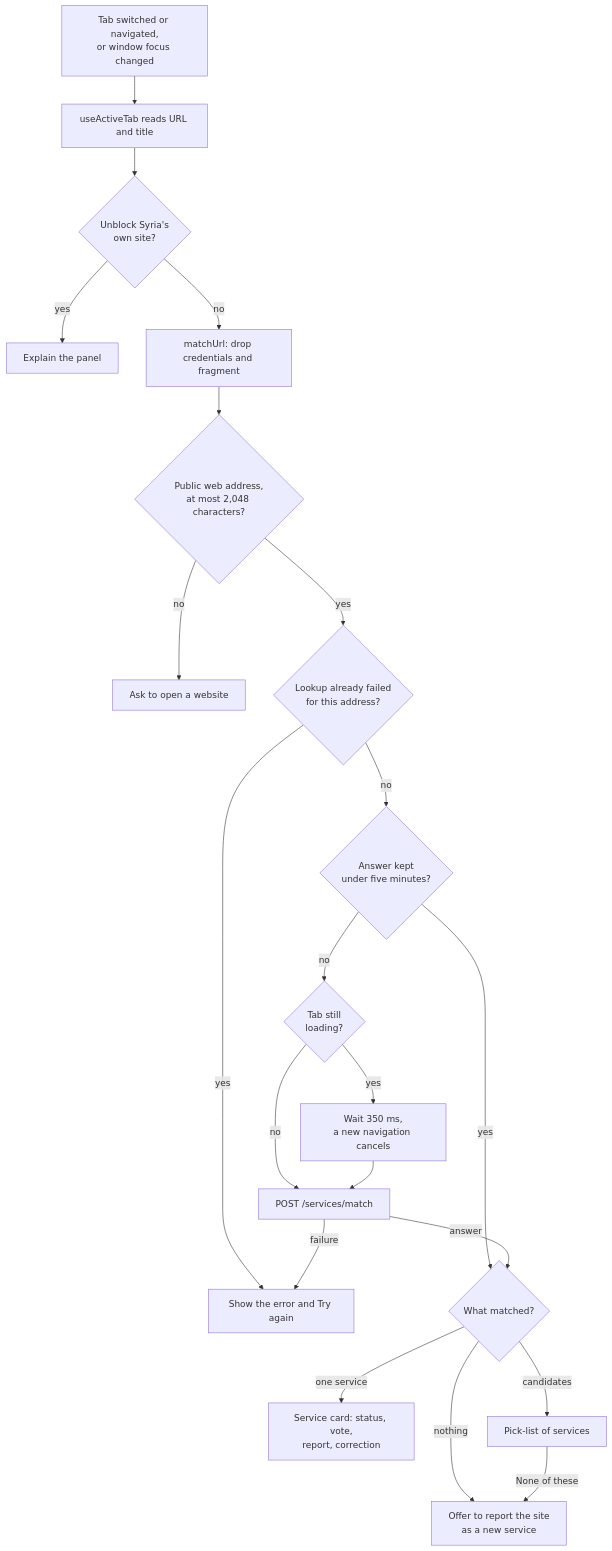
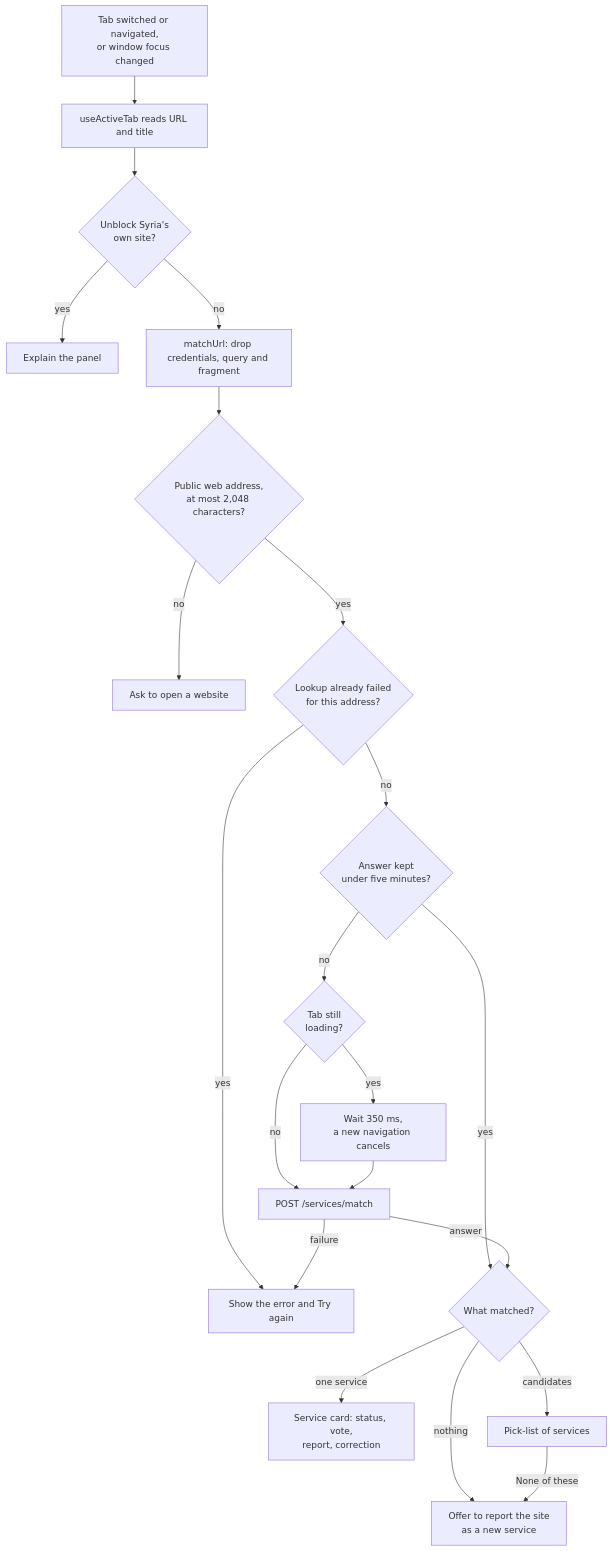
The second of 5 diagrams in ARCHITECTURE.md (unblocksyria/shaghal-extension), drawn with Mermaid before and after one commit. The commit also changed other lines of this file and 3 other files, not shown here.

Commit message:
docs(url): update query privacy documentation

````diff
--- a/ARCHITECTURE.md
+++ b/ARCHITECTURE.md
@@ -63,23 +63,23 @@
 ```mermaid
 flowchart TD
     Event["Tab switched or navigated,<br/>or window focus changed"] --> Read["useActiveTab reads URL and title"]
     Read --> Own{"Unblock Syria's<br/>own site?"}
     Own -->|yes| Explain["Explain the panel"]
-    Own -->|no| Clean["matchUrl: drop credentials and fragment"]
+    Own -->|no| Clean["matchUrl: drop credentials, query and fragment"]
     Clean --> Supported{"Public web address,<br/>at most 2,048 characters?"}
     Supported -->|no| NoPage["Ask to open a website"]
     Supported -->|yes| Failed{"Lookup already failed<br/>for this address?"}
     Failed -->|yes| Retry["Show the error and Try again"]
     Failed -->|no| Cached{"Answer kept<br/>under five minutes?"}
     Cached -->|yes| Answer
     Cached -->|no| Loading{"Tab still<br/>loading?"}
     Loading -->|yes| Wait["Wait 350 ms,<br/>a new navigation cancels"]
     Loading -->|no| Match
     Wait --> Match["POST /services/match"]
     Match -->|failure| Retry
     Match -->|answer| Answer{"What matched?"}
     Answer -->|one service| Card["Service card: status, vote,<br/>report, correction"]
     Answer -->|candidates| Pick["Pick-list of services"]
     Answer -->|nothing| New["Offer to report the site<br/>as a new service"]
     Pick -->|None of these| New
 ```
````
